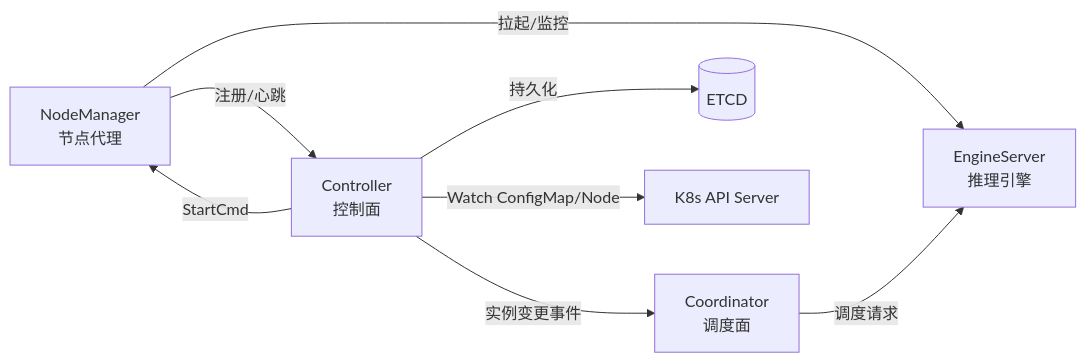
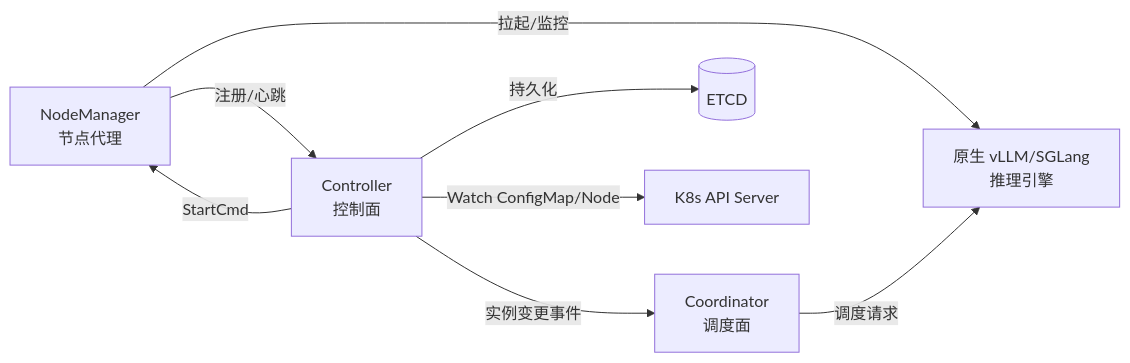
The first of 10 diagrams in docs/zh/developer_guide/components/controller.md (Ascend/MindIE-Motor), drawn with Mermaid before and after one commit. The commit also changed other lines of this file and 123 other files, not shown here.

````diff
--- a/docs/zh/developer_guide/components/controller.md
+++ b/docs/zh/developer_guide/components/controller.md
@@ -9,10 +9,10 @@
 ```mermaid
 flowchart LR
     NM[NodeManager<br/>节点代理] -->|注册/心跳| Ctrl[Controller<br/>控制面]
     Ctrl -->|StartCmd| NM
     Ctrl -->|实例变更事件| Coord[Coordinator<br/>调度面]
     Ctrl -->|持久化| ETCD[(ETCD)]
     Ctrl -->|Watch ConfigMap/Node| K8s[K8s API Server]
-    NM -->|拉起/监控| ES[EngineServer<br/>推理引擎]
+    NM -->|拉起/监控| ES[原生 vLLM/SGLang<br/>推理引擎]
     Coord -->|调度请求| ES
 ```
````
